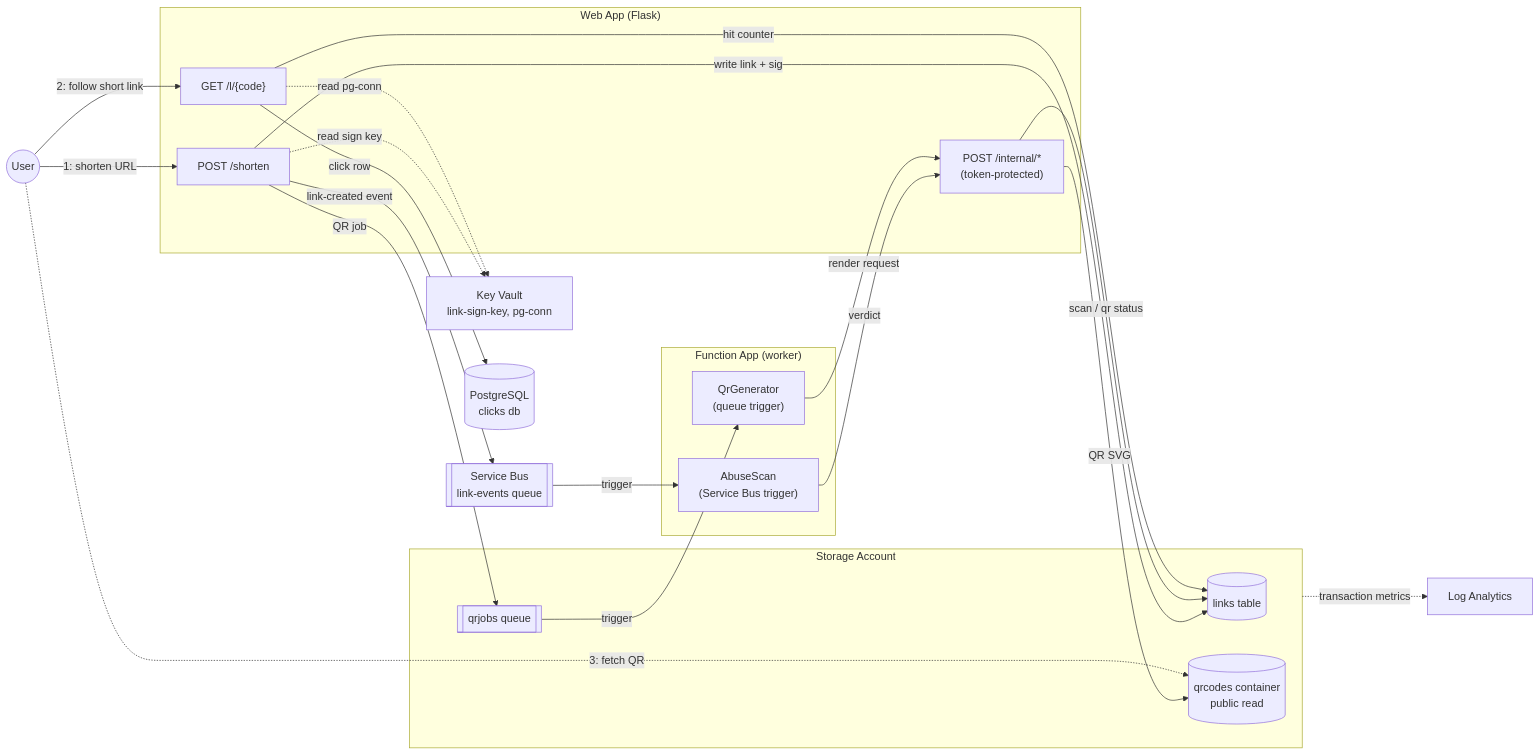
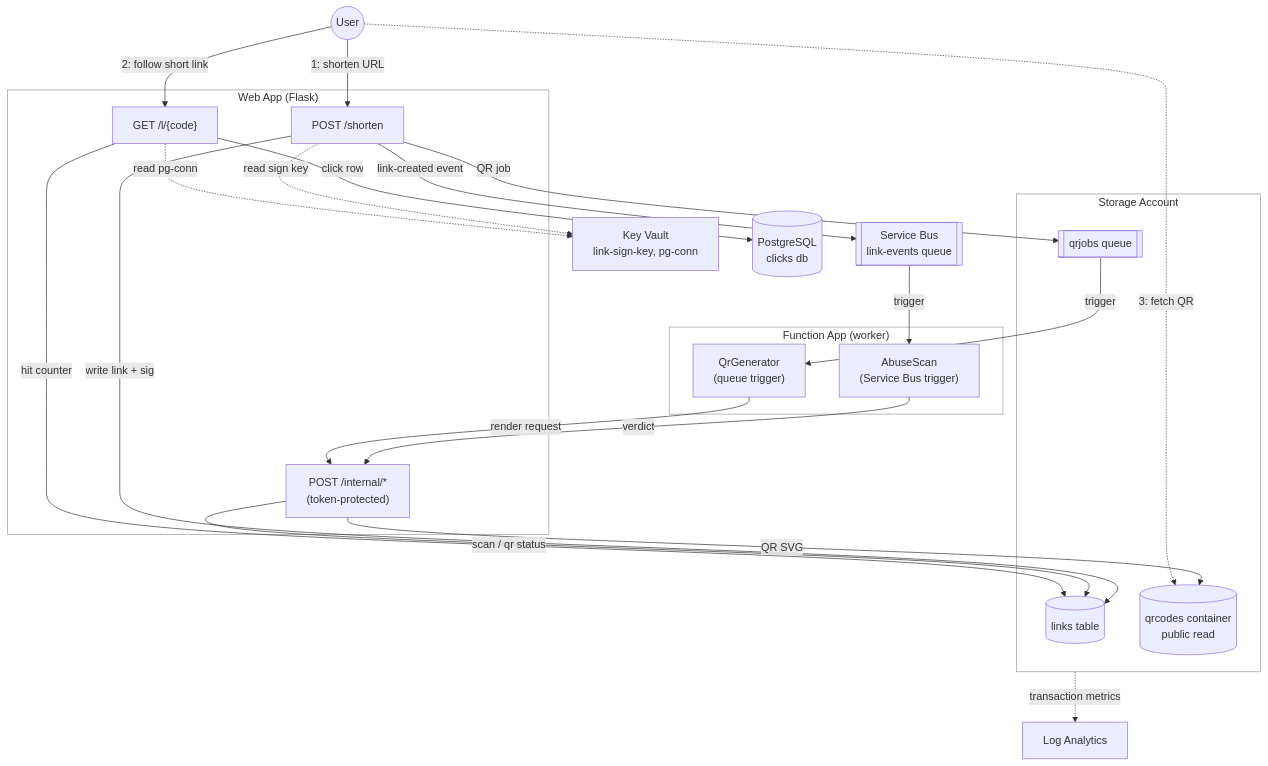
Before and after one commit to localstack/localstack-azure-samples: the diagram in samples/url-shortener/python/README.md, drawn with Mermaid.

Commit message:
Make the url-shortener diagram vertical with white subgraph backgrounds
The left-to-right layout rendered as a wide ribbon with unreadably small
labels at page width, and the subgraphs used mermaid's default pale-yellow
fill. Switch to top-to-bottom (near-square aspect, full-size text) and
style the subgraphs white with gray borders, matching the treatment the
other samples' diagrams received in #115.

````diff
--- a/samples/url-shortener/python/README.md
+++ b/samples/url-shortener/python/README.md
@@ -25,47 +25,51 @@
 ```mermaid
-flowchart LR
+flowchart TB
     user((User))
 
     subgraph webapp["Web App (Flask)"]
         shorten["POST /shorten"]
         follow["GET /l/{code}"]
         internal["POST /internal/*<br/>(token-protected)"]
     end
 
     subgraph functions["Function App (worker)"]
         abuse["AbuseScan<br/>(Service Bus trigger)"]
         qrgen["QrGenerator<br/>(queue trigger)"]
     end
 
     subgraph storage["Storage Account"]
         links[("links table")]
         qrjobs[["qrjobs queue"]]
         qrcodes[("qrcodes container<br/>public read")]
     end
 
     kv["Key Vault<br/>link-sign-key, pg-conn"]
     sb[["Service Bus<br/>link-events queue"]]
     pg[("PostgreSQL<br/>clicks db")]
     logs["Log Analytics"]
 
     user -->|"1: shorten URL"| shorten
     shorten -.->|"read sign key"| kv
     shorten -->|"write link + sig"| links
     shorten -->|"link-created event"| sb
     shorten -->|"QR job"| qrjobs
 
     sb -->|"trigger"| abuse
     qrjobs -->|"trigger"| qrgen
     abuse -->|"verdict"| internal
     qrgen -->|"render request"| internal
     internal -->|"scan / qr status"| links
     internal -->|"QR SVG"| qrcodes
 
     user -->|"2: follow short link"| follow
     follow -->|"hit counter"| links
     follow -.->|"read pg-conn"| kv
     follow -->|"click row"| pg
 
     user -.->|"3: fetch QR"| qrcodes
     storage -.->|"transaction metrics"| logs
+
+    style webapp fill:#ffffff,stroke:#999999,color:#333333
+    style functions fill:#ffffff,stroke:#999999,color:#333333
+    style storage fill:#ffffff,stroke:#999999,color:#333333
 ```
````
